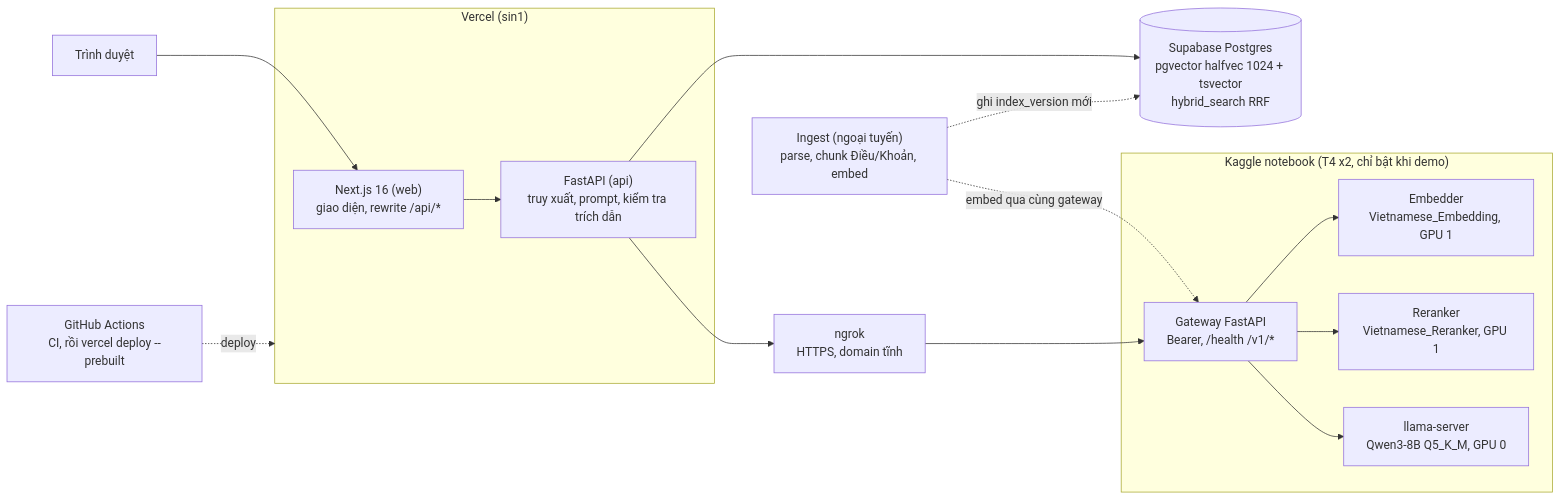
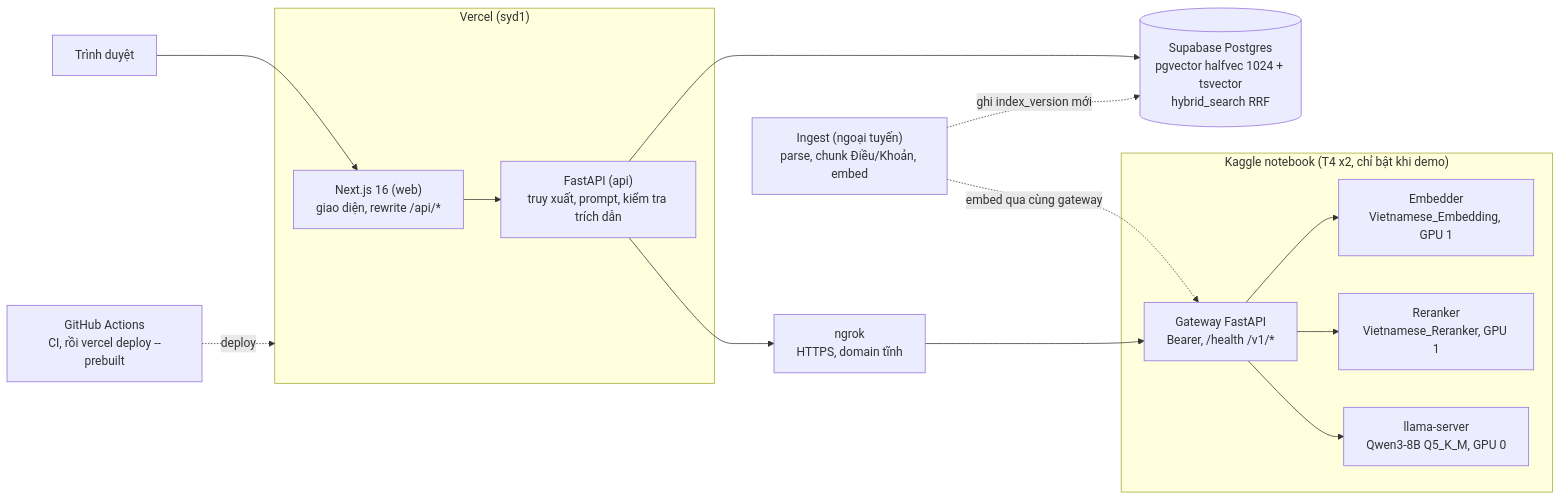
One commit to ChrisLee1901/vn-labor-law-rag changed the first of 2 diagrams in docs/architecture.md. Above: the diagram before and after it, drawn with Mermaid. The commit also changed 10 other files, not shown here.

````diff
--- a/docs/architecture.md
+++ b/docs/architecture.md
@@ -7,31 +7,31 @@
 ```mermaid
 flowchart LR
     B[Trình duyệt]
 
-    subgraph V["Vercel (sin1)"]
+    subgraph V["Vercel (syd1)"]
         W["Next.js 16 (web)<br/>giao diện, rewrite /api/*"]
         A["FastAPI (api)<br/>truy xuất, prompt, kiểm tra trích dẫn"]
     end
 
     S[("Supabase Postgres<br/>pgvector halfvec 1024 + tsvector<br/>hybrid_search RRF")]
     N["ngrok<br/>HTTPS, domain tĩnh"]
 
     subgraph K["Kaggle notebook (T4 x2, chỉ bật khi demo)"]
         G["Gateway FastAPI<br/>Bearer, /health /v1/*"]
         E["Embedder<br/>Vietnamese_Embedding, GPU 1"]
         R["Reranker<br/>Vietnamese_Reranker, GPU 1"]
         L["llama-server<br/>Qwen3-8B Q5_K_M, GPU 0"]
         G --> E
         G --> R
         G --> L
     end
 
     B --> W --> A
     A --> S
     A --> N --> G
 
     I["Ingest (ngoại tuyến)<br/>parse, chunk Điều/Khoản, embed"] -. "ghi index_version mới" .-> S
     I -. "embed qua cùng gateway" .-> G
 
     CI["GitHub Actions<br/>CI, rồi vercel deploy --prebuilt"] -. deploy .-> V
 ```
````
